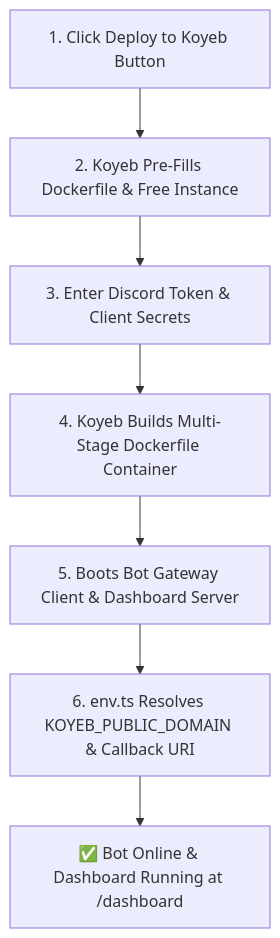
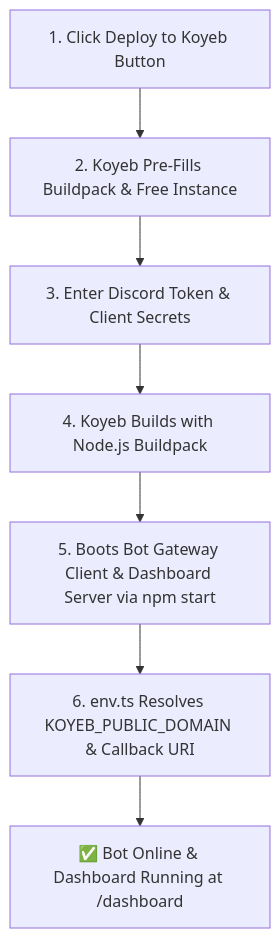
Before and after one commit to HELIX-Origin/HELIX-Discord-Bot: the diagram in docs/deployment-koyeb.md, drawn with Mermaid. The commit also changed other lines of this file and 19 other files, not shown here.

````diff
--- a/docs/deployment-koyeb.md
+++ b/docs/deployment-koyeb.md
@@ -21,9 +22,9 @@
 ```mermaid
 flowchart TD
-    Button["1. Click Deploy to Koyeb Button"] --> Config["2. Koyeb Pre-Fills Dockerfile & Free Instance"]
+    Button["1. Click Deploy to Koyeb Button"] --> Config["2. Koyeb Pre-Fills Buildpack & Free Instance"]
     Config --> Inputs["3. Enter Discord Token & Client Secrets"]
-    Inputs --> Build["4. Koyeb Builds Multi-Stage Dockerfile Container"]
-    Build --> Launch["5. Boots Bot Gateway Client & Dashboard Server"]
+    Inputs --> Build["4. Koyeb Builds with Node.js Buildpack"]
+    Build --> Launch["5. Boots Bot Gateway Client & Dashboard Server via npm start"]
     Launch --> Auto["6. env.ts Resolves KOYEB_PUBLIC_DOMAIN & Callback URI"]
     Auto --> Ready["✅ Bot Online & Dashboard Running at /dashboard"]
 ```
````
